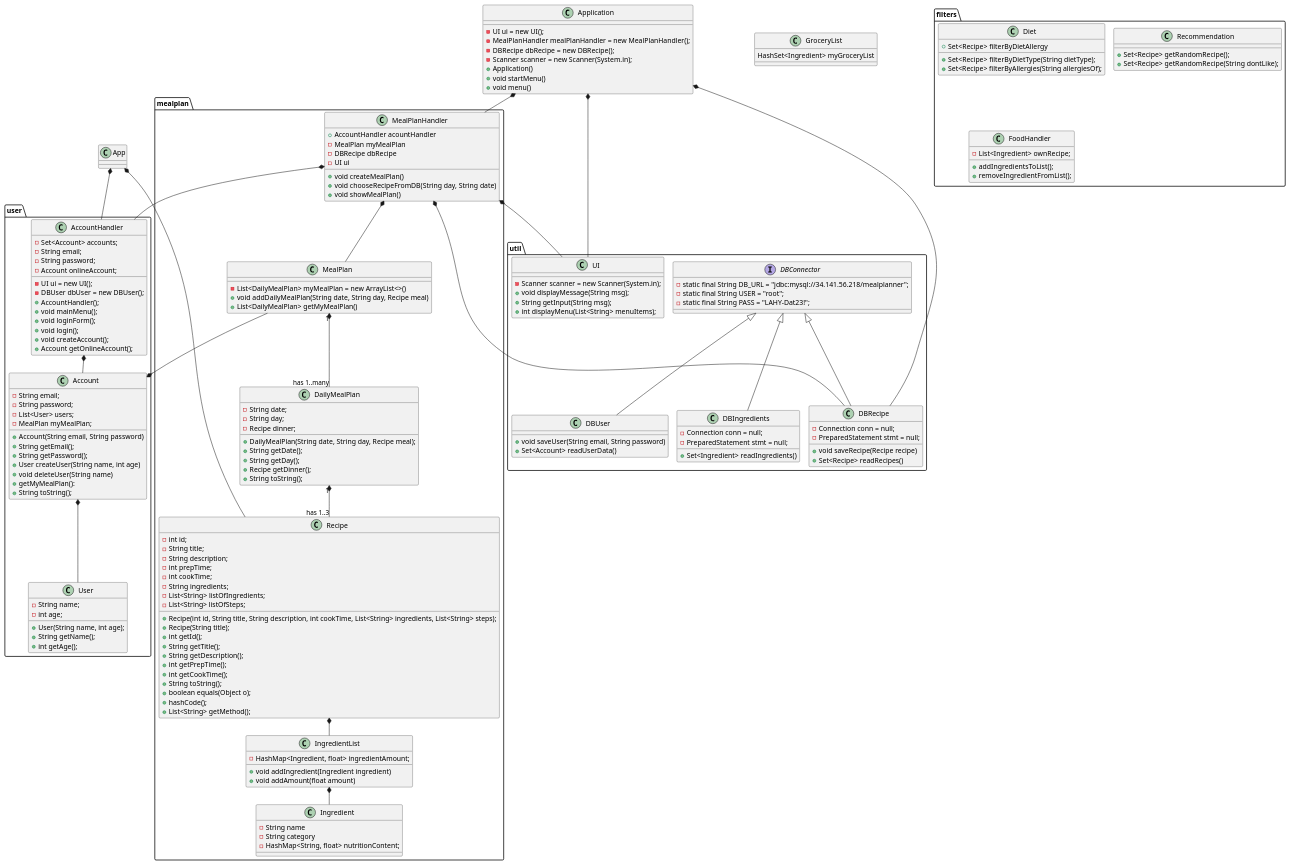
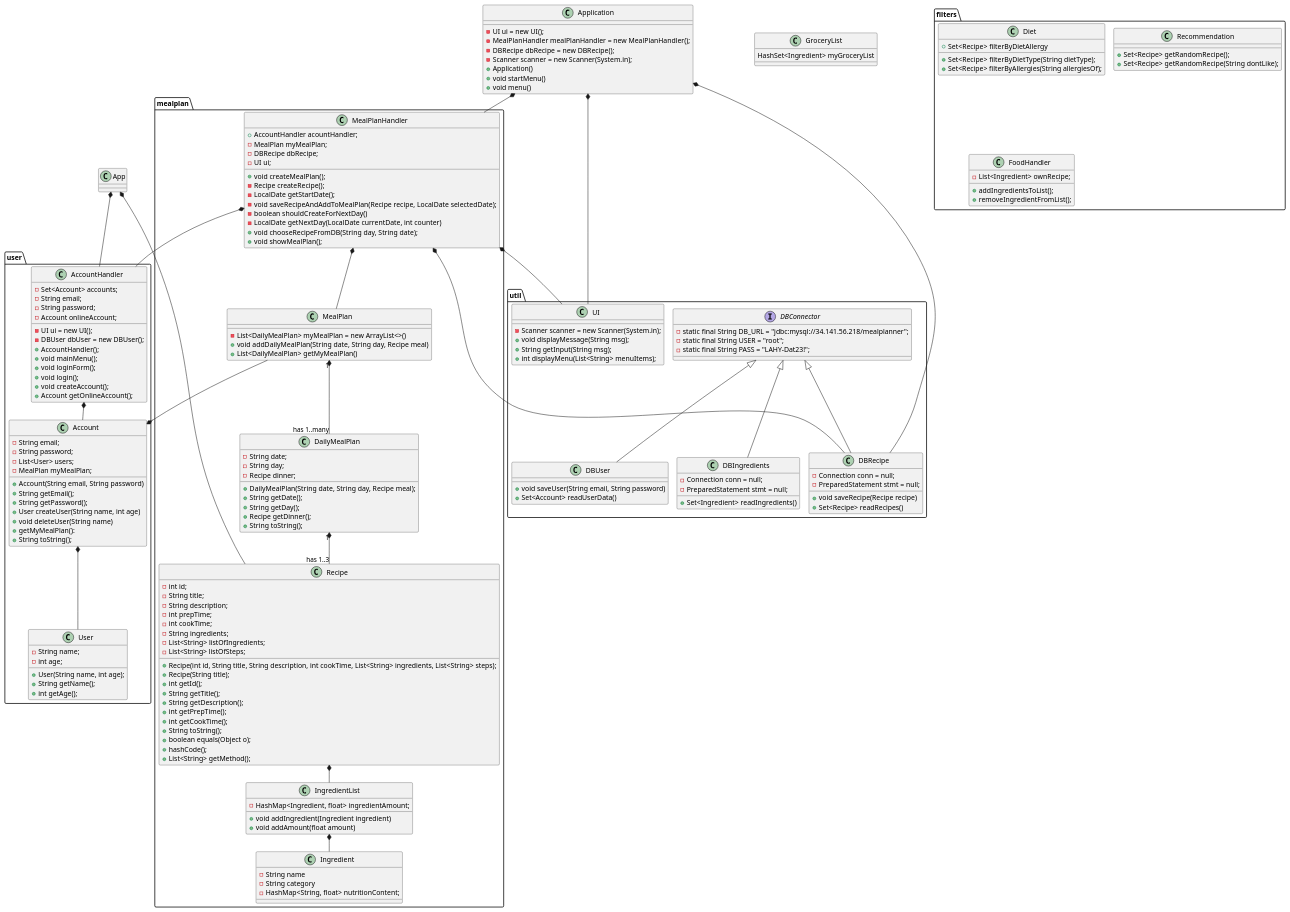
One commit to lassekh/ICE changed the diagram in Documents/Class Diagram.puml. Above: the diagram before and after it, drawn with PlantUML. The commit also changed 14 other files, not shown here.

Commit message:
MealPlanHandler simplified

```diff
--- a/Documents/Class Diagram.puml
+++ b/Documents/Class Diagram.puml
@@ -111,13 +111,18 @@
 User : + String getName();
 User : + int getAge();
 
-MealPlanHandler : + AccountHandler acountHandler
-MealPlanHandler : - MealPlan myMealPlan
-MealPlanHandler : - DBRecipe dbRecipe
-MealPlanHandler : - UI ui
-MealPlanHandler : + void createMealPlan()
-MealPlanHandler : + void chooseRecipeFromDB(String day, String date)
-MealPlanHandler : + void showMealPlan()
+MealPlanHandler : + AccountHandler acountHandler;
+MealPlanHandler : - MealPlan myMealPlan;
+MealPlanHandler : - DBRecipe dbRecipe;
+MealPlanHandler : - UI ui;
+MealPlanHandler : + void createMealPlan();
+MealPlanHandler : - Recipe createRecipe();
+MealPlanHandler : - LocalDate getStartDate();
+MealPlanHandler : - void saveRecipeAndAddToMealPlan(Recipe recipe, LocalDate selectedDate);
+MealPlanHandler : - boolean shouldCreateForNextDay()
+MealPlanHandler : - LocalDate getNextDay(LocalDate currentDate, int counter)
+MealPlanHandler : + void chooseRecipeFromDB(String day, String date);
+MealPlanHandler : + void showMealPlan();
 
 MealPlan : - List<DailyMealPlan> myMealPlan = new ArrayList<>()
 MealPlan : + void addDailyMealPlan(String date, String day, Recipe meal)
```
